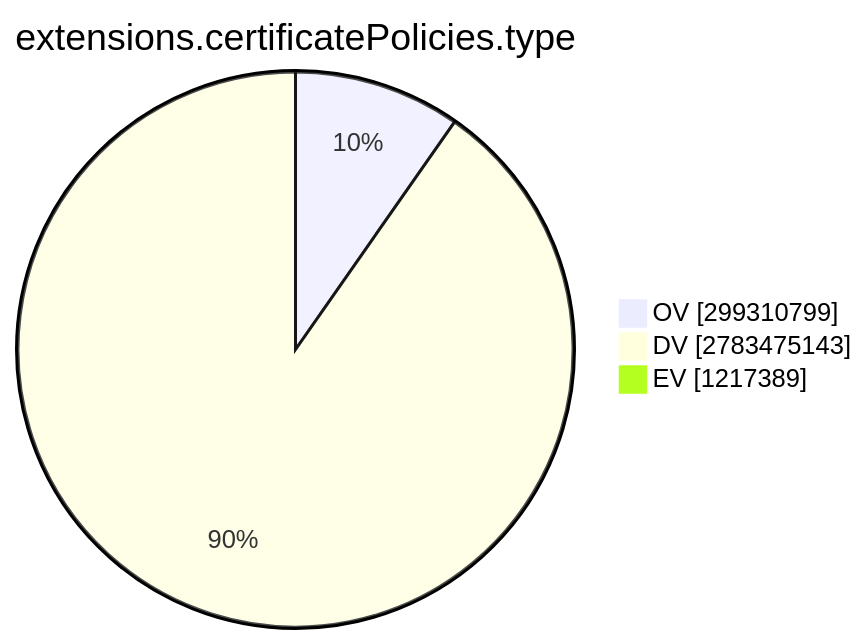
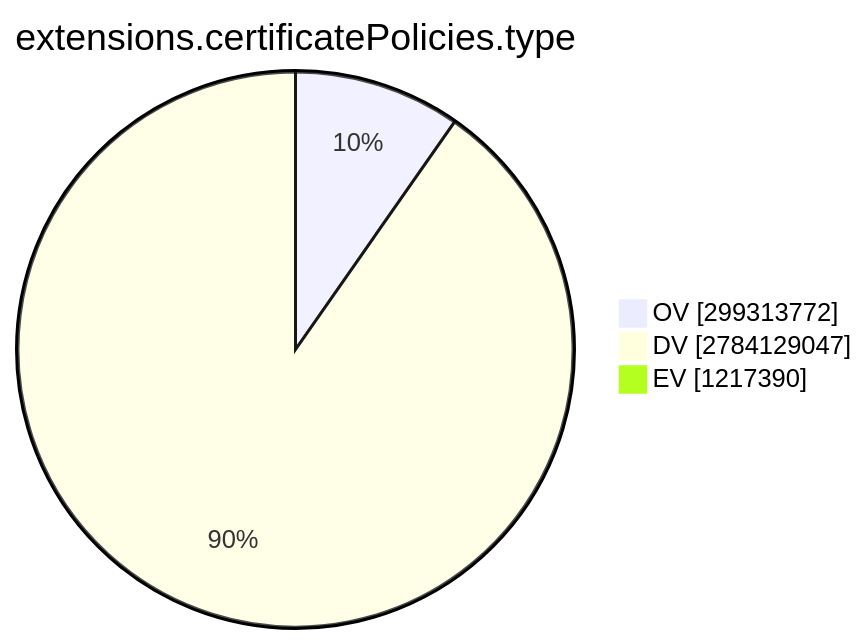
The ninth of 15 diagrams in TOTAL/README.md (christiankrug/ctmonitor_visualization), drawn with Mermaid before and after one commit. The commit also changed other lines of this file, not shown here.

````diff
--- a/TOTAL/README.md
+++ b/TOTAL/README.md
@@ -3101,7 +3101,7 @@
 ```mermaid
 pie showData
 title extensions.certificatePolicies.type
-"OV" :299310799
-"DV" :2783475143
-"EV" :1217389
+"OV" :299313772
+"DV" :2784129047
+"EV" :1217390
 ```
````
